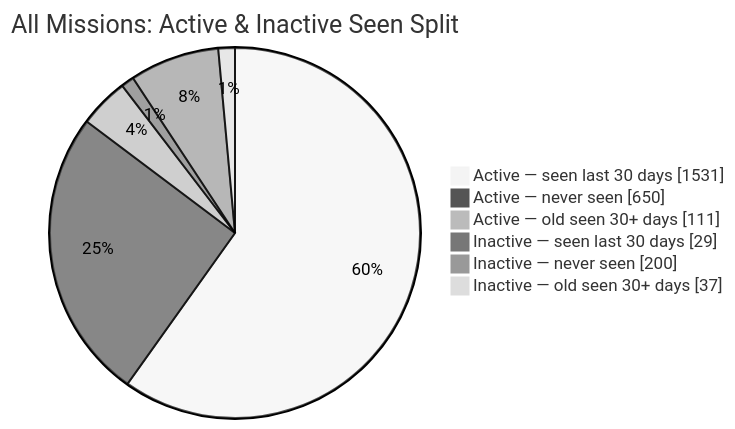
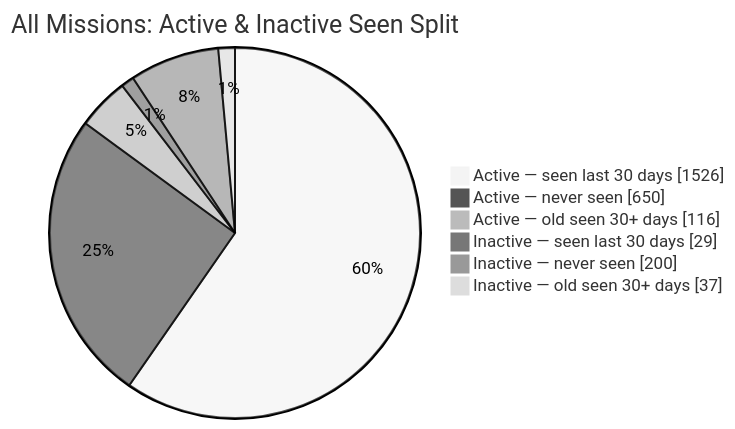
One commit to MeldkamerspelGameTeam/active-missions changed the second of 2 diagrams in README.md. Above: the diagram before and after it, drawn with Mermaid (neutral theme). The commit also changed other lines of this file and 2 other files, not shown here.

````diff
--- a/README.md
+++ b/README.md
@@ -44,10 +44,10 @@
 ```mermaid
 pie showData
     title All Missions: Active & Inactive Seen Split
-    "Active — seen last 30 days" : 1531
+    "Active — seen last 30 days" : 1526
     "Active — never seen" : 650
-    "Active — old seen 30+ days" : 111
+    "Active — old seen 30+ days" : 116
     "Inactive — seen last 30 days" : 29
     "Inactive — never seen" : 200
     "Inactive — old seen 30+ days" : 37
 ```
````
